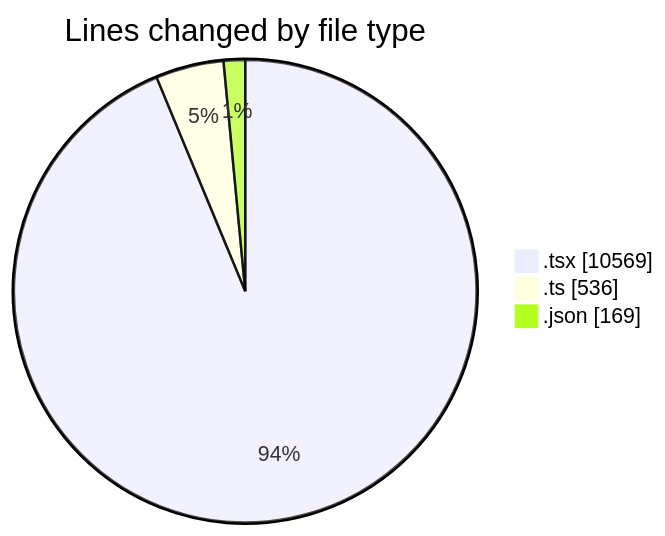
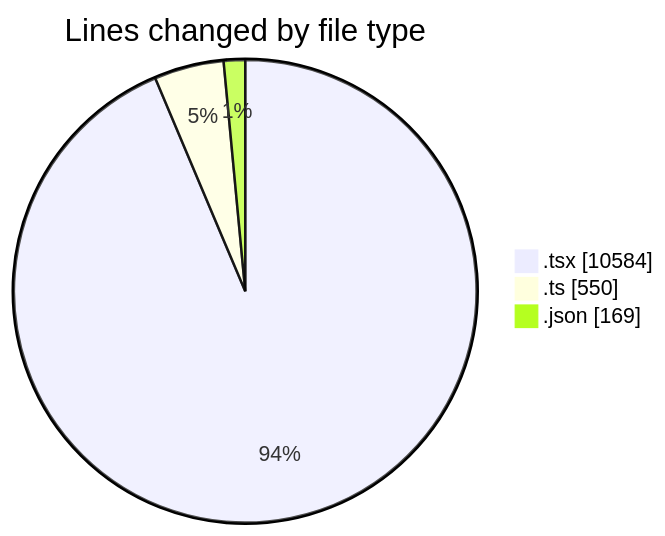
The first of 2 diagrams in 2025-02-18/mbc-web/README.md (robertbonfada/code-tracking), drawn with Mermaid before and after one commit. The commit also changed other lines of this file and 1 other file, not shown here.

````diff
--- a/2025-02-18/mbc-web/README.md
+++ b/2025-02-18/mbc-web/README.md
@@ -136,7 +136,7 @@
 ```mermaid
 pie showData
 title Lines changed by file type
-".tsx" : 10569
-".ts" : 536
+".tsx" : 10584
+".ts" : 550
 ".json" : 169
 ```
````
